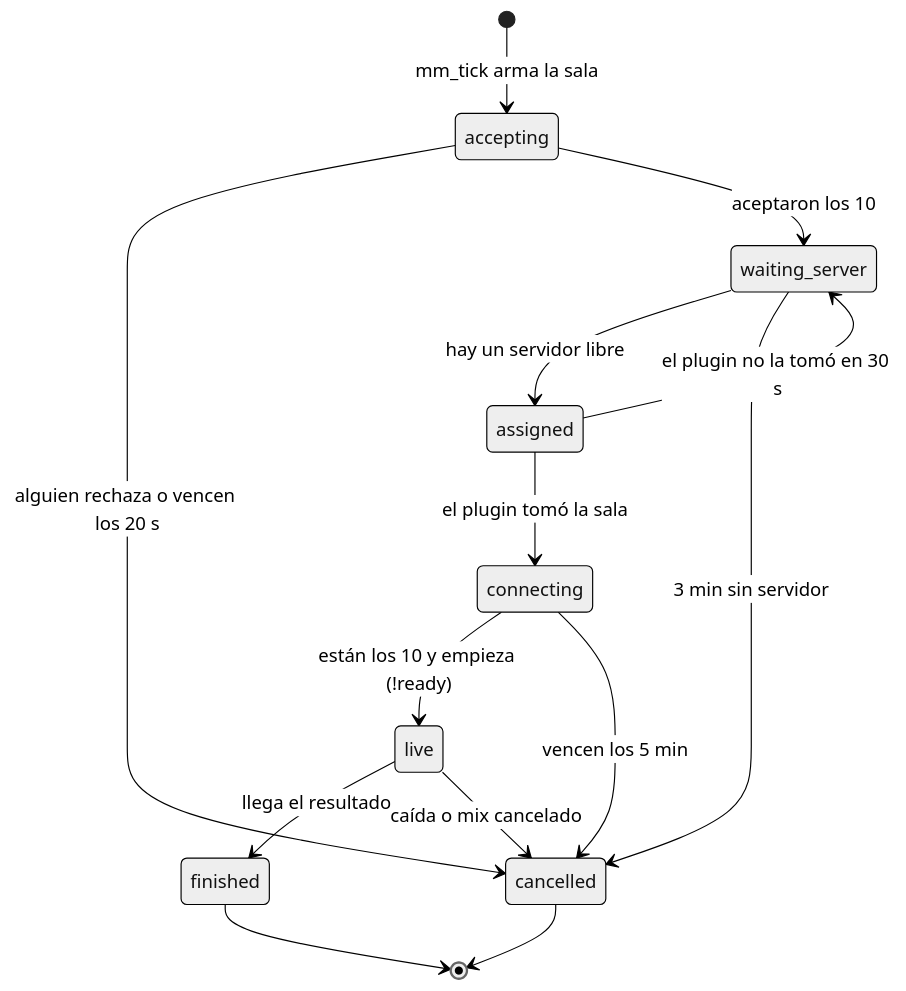
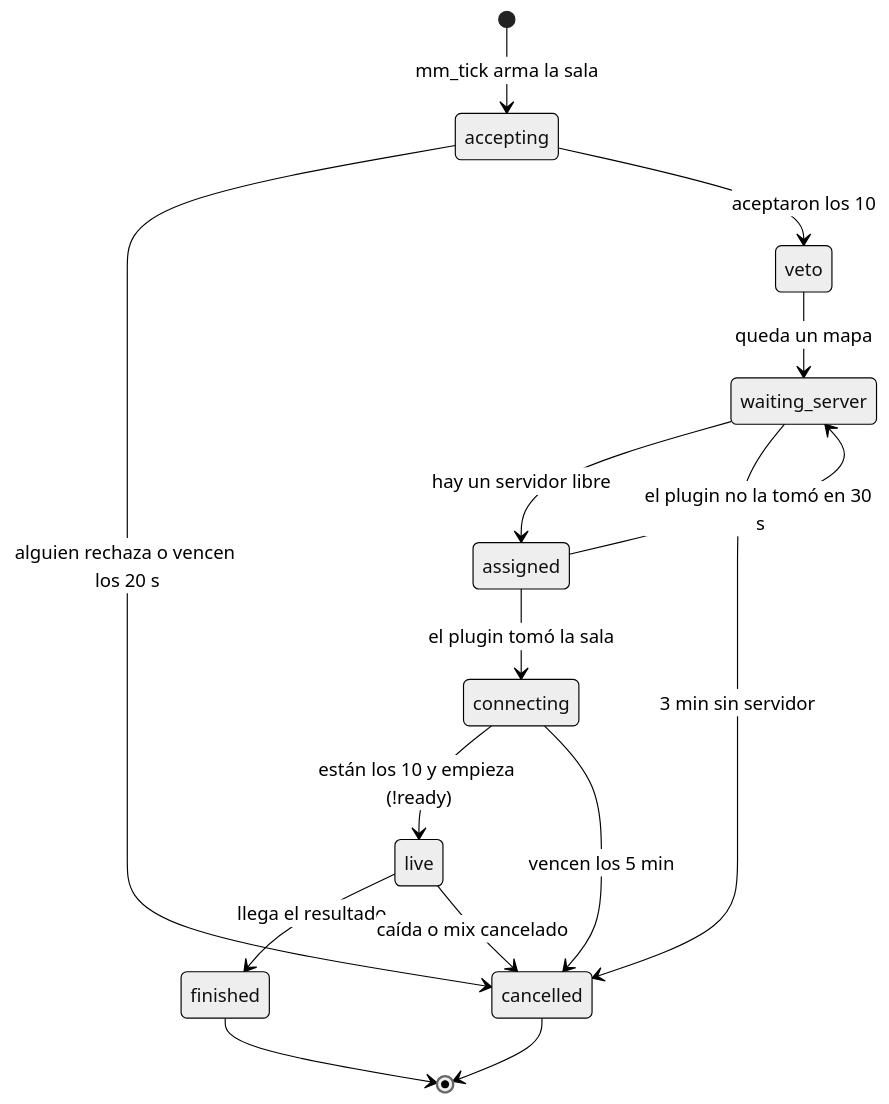
One commit to mchssj/v34frag changed the third of 5 diagrams in docs/bitacora/2026-10-28-matchmaking/PLAN.md. Above: the diagram before and after it, drawn with Mermaid (neutral theme). The commit also changed other lines of this file and 29 other files, not shown here.

````diff
--- a/docs/bitacora/2026-10-28-matchmaking/PLAN.md
+++ b/docs/bitacora/2026-10-28-matchmaking/PLAN.md
@@ -112,16 +169,17 @@
 ```mermaid
 stateDiagram-v2
   [*] --> accepting: mm_tick arma la sala
   accepting --> cancelled: alguien rechaza o vencen los 20 s
-  accepting --> waiting_server: aceptaron los 10
+  accepting --> veto: aceptaron los 10
+  veto --> waiting_server: queda un mapa
   waiting_server --> assigned: hay un servidor libre
   waiting_server --> cancelled: 3 min sin servidor
   assigned --> connecting: el plugin tomó la sala
   assigned --> waiting_server: el plugin no la tomó en 30 s
   connecting --> live: están los 10 y empieza (!ready)
   connecting --> cancelled: vencen los 5 min
   live --> finished: llega el resultado
   live --> cancelled: caída o mix cancelado
   finished --> [*]
   cancelled --> [*]
 ```
````
